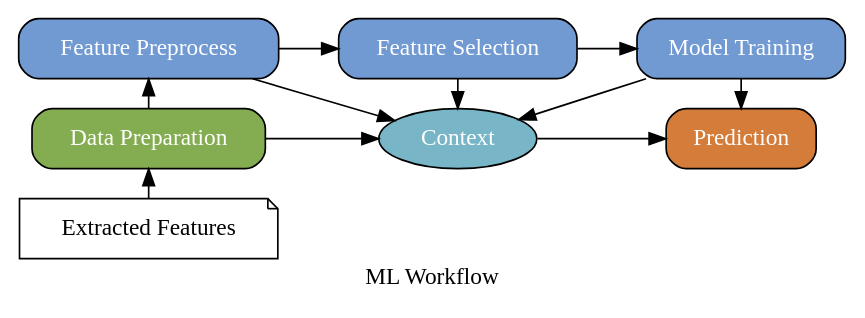
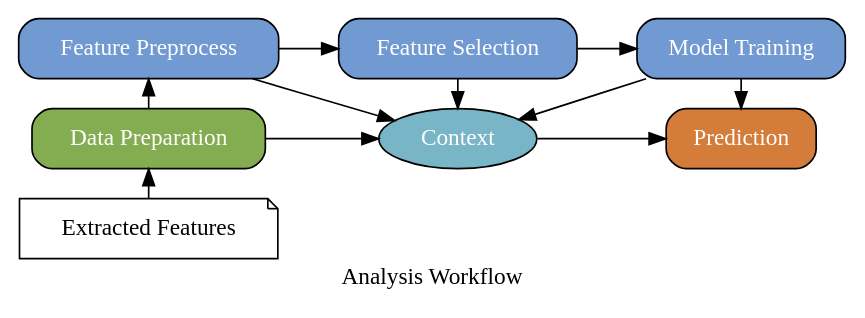
One commit to dantin/analysis-platform changed the diagram in docs/workflow.dot. Above: the diagram before and after it, drawn with Graphviz. The commit also changed 1 other file, not shown here.

```diff
--- a/docs/workflow.dot
+++ b/docs/workflow.dot
@@ -1,32 +1,32 @@
 digraph G {
     // Graph Attributes
     rankdir=LR;
-    label="ML Workflow";
+    label="Analysis Workflow";
     node [shape="box", style="rounded,filled", fontcolor="#FFFFFF"];
 
     // Nodes
     input_features[shape="note", style="", fontcolor="", label="Extracted Features"];
     data_preparation[fillcolor="#84AC50", label="Data Preparation"];
     preprocess[fillcolor="#7199D2", label="Feature Preprocess"];
     feature_selection[fillcolor="#7199D2", label="Feature Selection"];
     model_training[fillcolor="#7199D2", label="Model Training"];
     prediction[fillcolor="#D47C39", label="Prediction"];
     context[shape="oval", fillcolor="#78B5C6", label="Context"];
     
     // Edges
     { rank=same input_features data_preparation preprocess }
     { rank=same model_training prediction }
     { rank=same feature_selection context }
     
     data_preparation  -> input_features     [dir="back"];
     preprocess        -> data_preparation   [dir="back"];
     preprocess        -> feature_selection;
     feature_selection -> model_training;
     model_training    -> prediction;
 
     data_preparation  -> context;
     preprocess        -> context;
     feature_selection -> context;
     model_training    -> context;
     context           -> prediction;
 }
```
